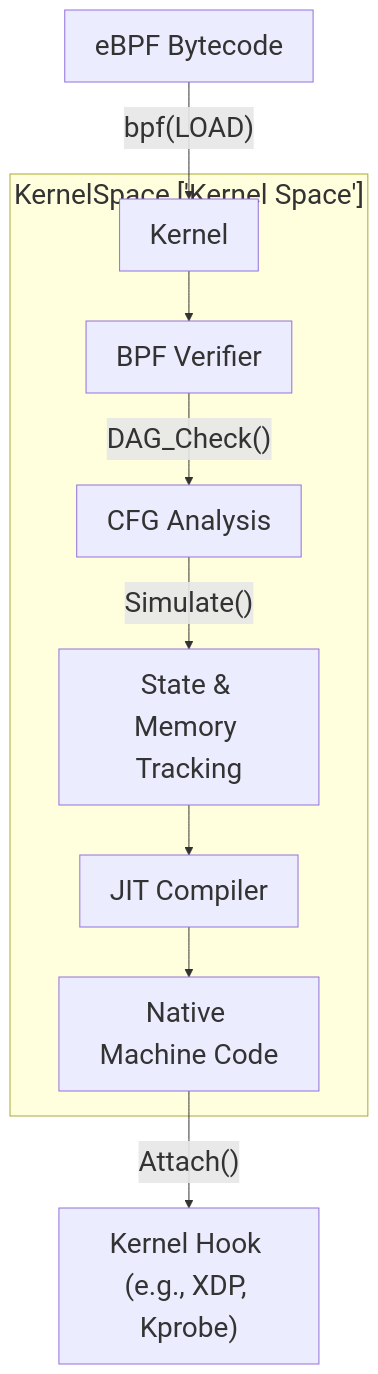
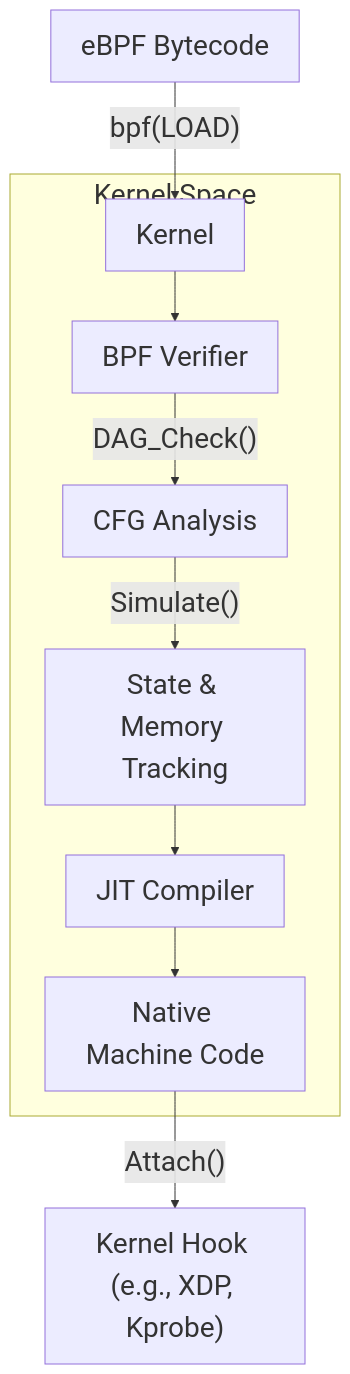
Before and after one commit to j4flmao/agent-skills: the diagram in skills/low-level/ebpf-engineering/SKILL.md, drawn with Mermaid. The commit also changed 38 other files, not shown here.

Commit message:
style(skills): Add padding to Mermaid subgraphs to prevent label overlap with nodes

````diff
--- a/skills/low-level/ebpf-engineering/SKILL.md
+++ b/skills/low-level/ebpf-engineering/SKILL.md
@@ -19,15 +19,15 @@
 ```mermaid
 %%{init: {"theme": "default", "themeVariables": {"fontSize": "28px"}, "flowchart": {"useMaxWidth": false}}}%%
 flowchart TD
     Bytecode["eBPF Bytecode"] -->|"bpf(LOAD)"| Kernel
     
-    subgraph KernelSpaceKernelSpace ["KernelSpace ['Kernel Space']"]
+    subgraph KernelSpaceKernelSpace ["Kernel Space<br/>"]
         Kernel --> Verifier["BPF Verifier"]
         Verifier -->|"DAG_Check()"| DAG["CFG Analysis"]
         DAG -->|"Simulate()"| Memory["State & Memory Tracking"]
         Memory --> JIT["JIT Compiler"]
         JIT --> Native["Native Machine Code"]
     end
     
     Native -->|"Attach()"| Hook["Kernel Hook (e.g., XDP, Kprobe)"]
 ```
````
